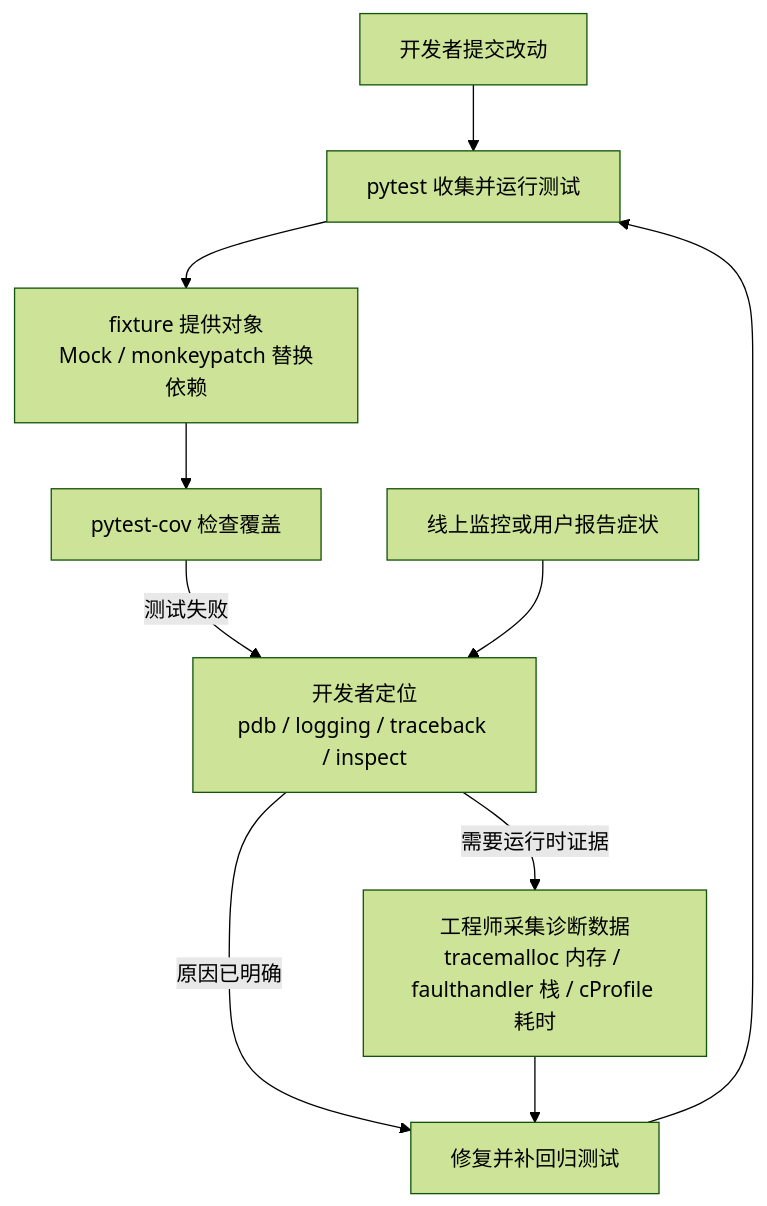
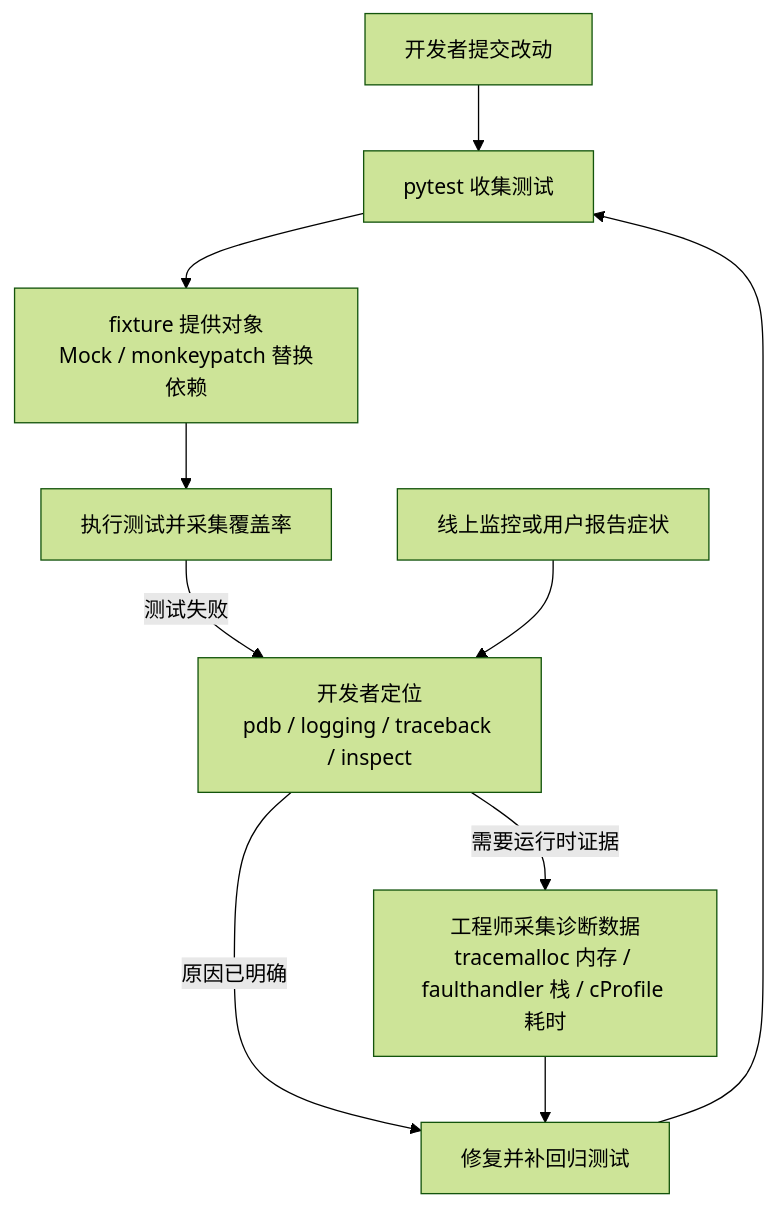
Before and after one commit to arganzheng/arganzheng.github.com: the first of 7 diagrams in _posts/2026-01-29-python-unit-testing-troubleshooting-and-debugging.md, drawn with Mermaid (forest theme). The commit also changed 4 other files, not shown here.

````diff
--- a/_posts/2026-01-29-python-unit-testing-troubleshooting-and-debugging.md
+++ b/_posts/2026-01-29-python-unit-testing-troubleshooting-and-debugging.md
@@ -29,13 +29,13 @@
 ```mermaid
 %% 图：开发验证、故障定位与运行时诊断的衔接
 flowchart TB
-    A[开发者提交改动] --> B[pytest 收集并运行测试]
+    A[开发者提交改动] --> B[pytest 收集测试]
     B --> C[fixture 提供对象<br/>Mock / monkeypatch 替换依赖]
-    C --> D[pytest-cov 检查覆盖]
+    C --> D[执行测试并采集覆盖率]
     D -- 测试失败 --> F[开发者定位<br/>pdb / logging / traceback / inspect]
     E[线上监控或用户报告症状] --> F
     F -- 需要运行时证据 --> G[工程师采集诊断数据<br/>tracemalloc 内存 / faulthandler 栈 / cProfile 耗时]
     F -- 原因已明确 --> H[修复并补回归测试]
     G --> H
     H --> B
 ```
````
